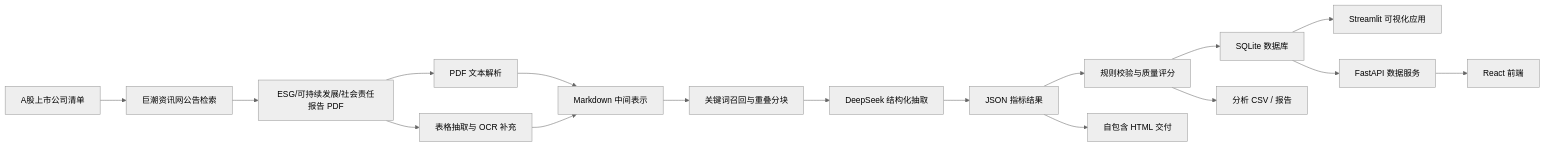
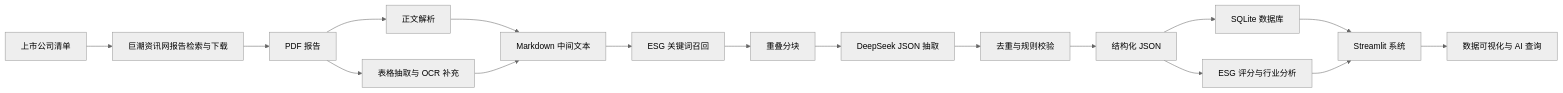
One commit to hoangtamtoan7-crypto/esg-analysis changed the diagram in README.md. Above: the diagram before and after it, drawn with Mermaid (neutral theme). The commit also changed other lines of this file and 8 other files, not shown here.

````diff
--- a/README.md
+++ b/README.md
@@ -75,19 +101,19 @@
 ```mermaid
 flowchart LR
-    A["A股上市公司清单"] --> B["巨潮资讯网公告检索"]
-    B --> C["ESG/可持续发展/社会责任报告 PDF"]
-    C --> D["PDF 文本解析"]
+    A["上市公司清单"] --> B["巨潮资讯网报告检索与下载"]
+    B --> C["PDF 报告"]
+    C --> D["正文解析"]
     C --> E["表格抽取与 OCR 补充"]
-    D --> F["Markdown 中间表示"]
+    D --> F["Markdown 中间文本"]
     E --> F
-    F --> G["关键词召回与重叠分块"]
-    G --> H["DeepSeek 结构化抽取"]
-    H --> I["JSON 指标结果"]
-    I --> J["规则校验与质量评分"]
-    J --> K["SQLite 数据库"]
-    J --> L["分析 CSV / 报告"]
-    K --> M["Streamlit 可视化应用"]
-    K --> N["FastAPI 数据服务"]
-    N --> O["React 前端"]
-    I --> P["自包含 HTML 交付"]
+    F --> G["ESG 关键词召回"]
+    G --> H["重叠分块"]
+    H --> I["DeepSeek JSON 抽取"]
+    I --> J["去重与规则校验"]
+    J --> K["结构化 JSON"]
+    K --> L["SQLite 数据库"]
+    K --> M["ESG 评分与行业分析"]
+    L --> N["Streamlit 系统"]
+    M --> N
+    N --> O["数据可视化与 AI 查询"]
 ```
````
